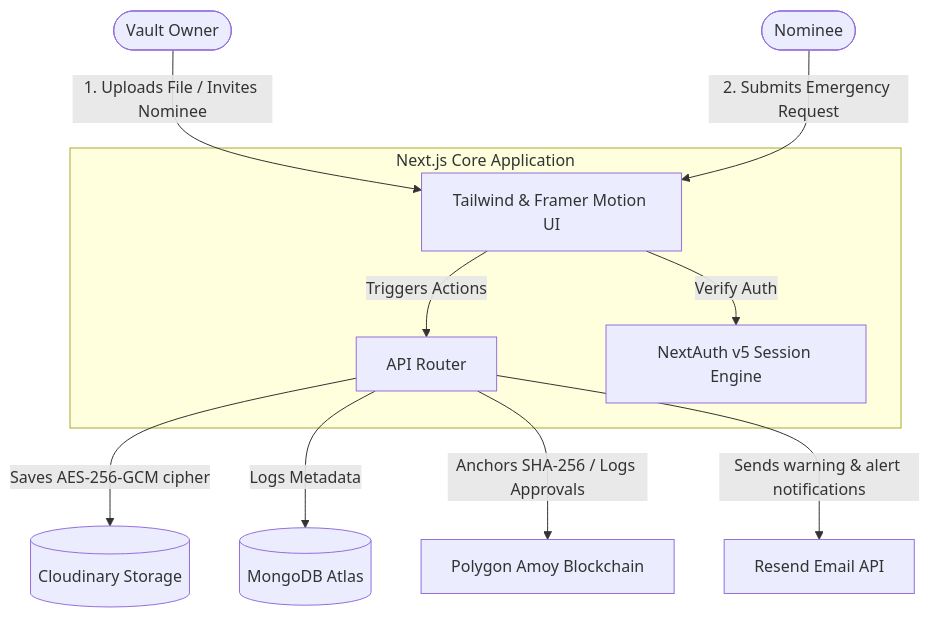
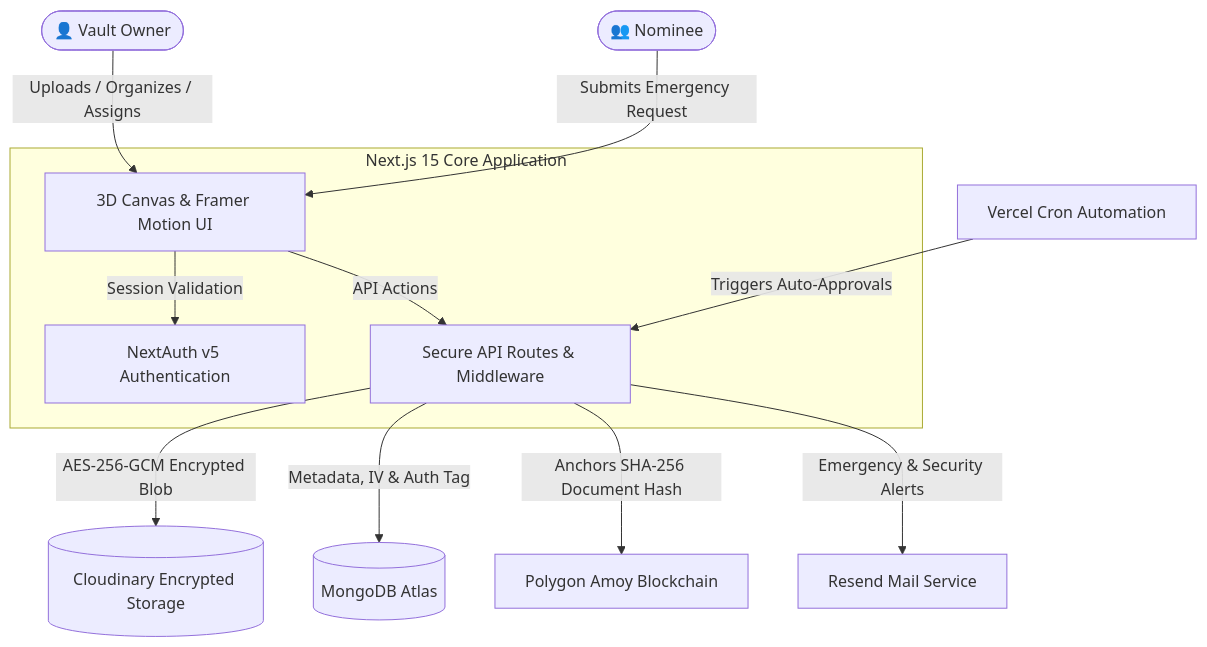
One commit to Dharani94873/Digital-Legacy-and-Emergency-Access-Vault changed the diagram in README.md. Above: the diagram before and after it, drawn with Mermaid. The commit also changed other lines of this file, not shown here.

Commit message:
docs: update README with live demo, 3D modern UI features, architecture and setup guide

````diff
--- a/README.md
+++ b/README.md
@@ -42,31 +63,33 @@
 ```mermaid
 graph TD
     %% Actors
-    Owner([Vault Owner])
-    Nominee([Nominee])
+    Owner([👤 Vault Owner])
+    Nominee([👥 Nominee])
 
     %% NextJS Layer
-    subgraph NextJS [Next.js Core Application]
-        UI[Tailwind & Framer Motion UI]
-        API[API Router]
-        Auth[NextAuth v5 Session Engine]
+    subgraph NextJS [Next.js 15 Core Application]
+        UI[3D Canvas & Framer Motion UI]
+        API[Secure API Routes & Middleware]
+        Auth[NextAuth v5 Authentication]
     end
 
     %% Storage & Ledgers
     DB[(MongoDB Atlas)]
-    Cloud[(Cloudinary Storage)]
+    Cloud[(Cloudinary Encrypted Storage)]
     Polygon[Polygon Amoy Blockchain]
-    Resend[Resend Email API]
+    Resend[Resend Mail Service]
+    Cron[Vercel Cron Automation]
 
     %% Flow lines
-    Owner -->|1. Uploads File / Invites Nominee| UI
-    Nominee -->|2. Submits Emergency Request| UI
-    UI -->|Verify Auth| Auth
-    UI -->|Triggers Actions| API
+    Owner -->|Uploads / Organizes / Assigns| UI
+    Nominee -->|Submits Emergency Request| UI
+    UI -->|Session Validation| Auth
+    UI -->|API Actions| API
     
     %% API Operations
-    API -->|Saves AES-256-GCM cipher| Cloud
-    API -->|Logs Metadata| DB
-    API -->|Anchors SHA-256 / Logs Approvals| Polygon
-    API -->|Sends warning & alert notifications| Resend
+    API -->|AES-256-GCM Encrypted Blob| Cloud
+    API -->|Metadata, IV & Auth Tag| DB
+    API -->|Anchors SHA-256 Document Hash| Polygon
+    API -->|Emergency & Security Alerts| Resend
+    Cron -->|Triggers Auto-Approvals| API
 ```
````
